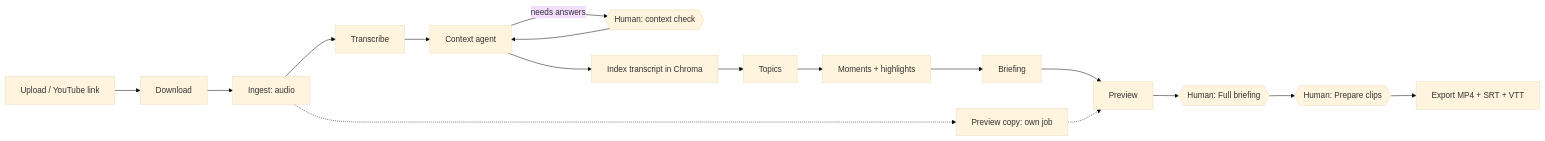
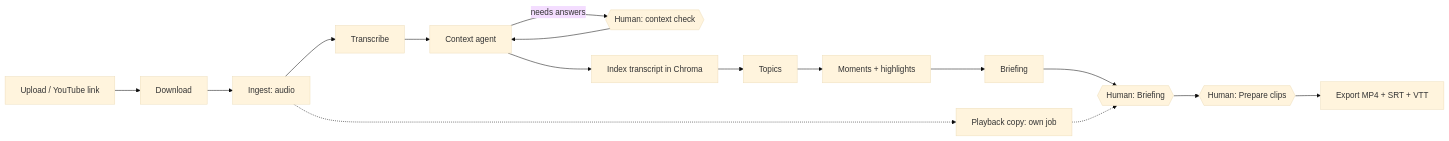
One commit to ahfamaral/digestor changed the diagram in README.md. Above: the diagram before and after it, drawn with Mermaid (base theme). The commit also changed other lines of this file and 5 other files, not shown here.

Commit message:
docs: README and skills match the one Briefing page; no "preview" in UI copy

````diff
--- a/README.md
+++ b/README.md
@@ -11,17 +11,16 @@
 ```mermaid
 flowchart LR
   A[Upload / YouTube link] --> B[Download]
   B --> C[Ingest: audio]
   C --> D[Transcribe]
-  C -.-> PX[Preview copy: own job]
+  C -.-> PX[Playback copy: own job]
   D --> E[Context agent]
   E -->|needs answers| H1{{Human: context check}}
   H1 --> E
   E --> I[Index transcript in Chroma]
   I --> T[Topics] --> M[Moments + highlights] --> W[Briefing]
-  W --> P[Preview]
-  PX -.-> P
-  P --> FB{{Human: Full briefing}}
+  W --> FB{{Human: Briefing}}
+  PX -.-> FB
   FB --> PR{{Human: Prepare clips}}
   PR --> X[Export MP4 + SRT + VTT]
 ```
````
